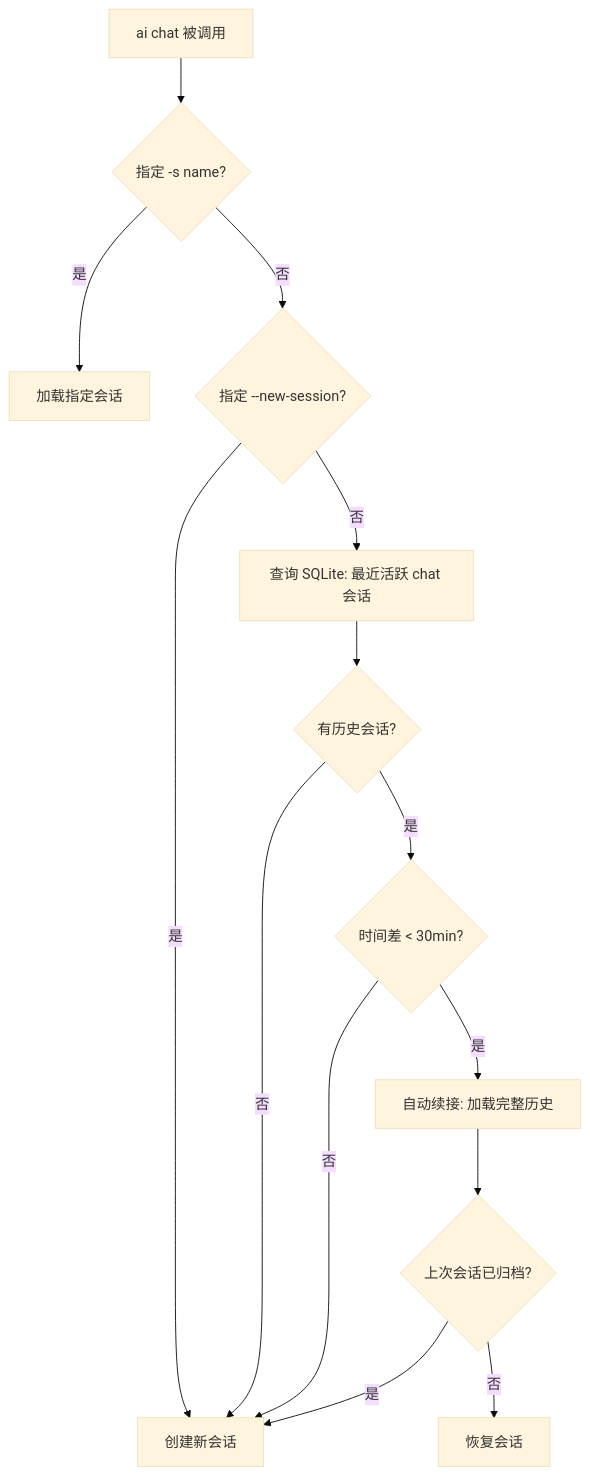
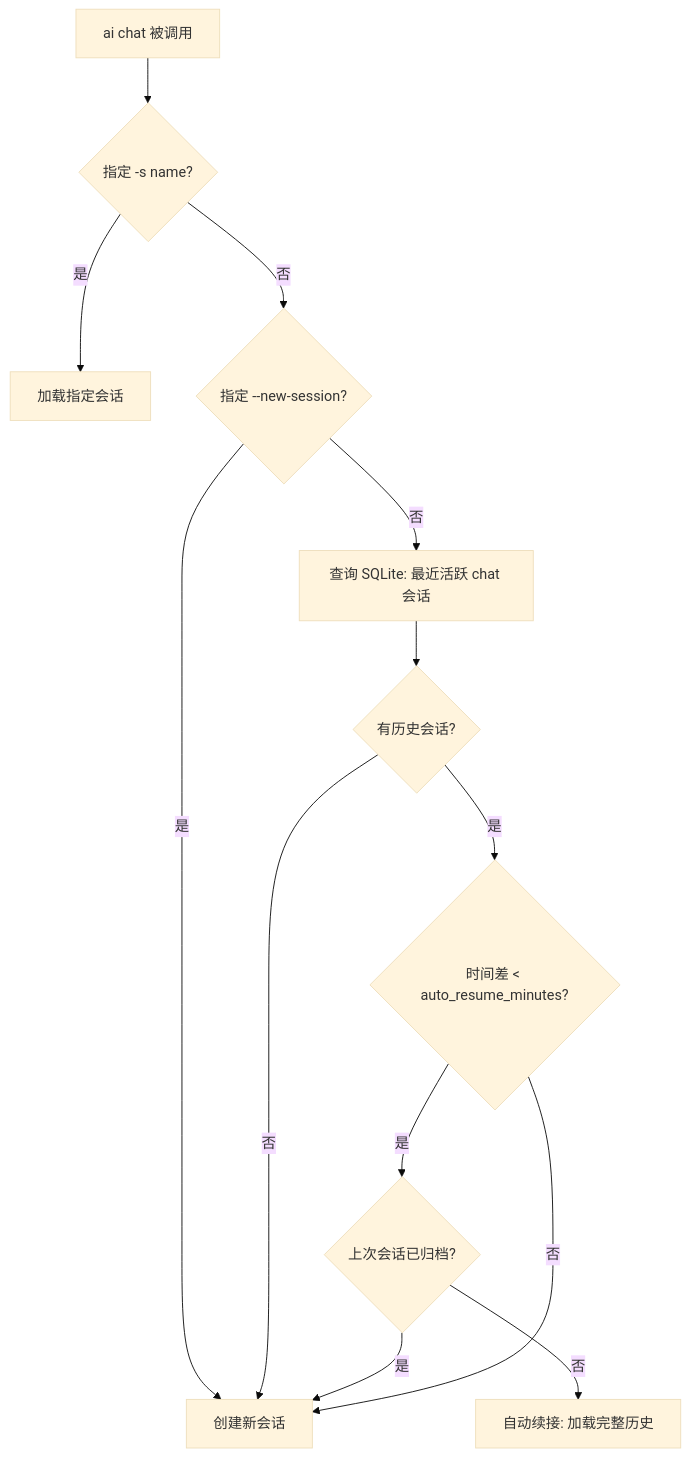
The fourth of 9 diagrams in docs/plan.md (LingNc/aicli), drawn with Mermaid (base theme) before and after one commit. The commit also changed other lines of this file, not shown here.

````diff
--- a/docs/plan.md
+++ b/docs/plan.md
@@ -396,16 +463,15 @@
 ```mermaid
 flowchart TD
     A["ai chat 被调用"] --> B{指定 -s name?}
     B -->|是| C[加载指定会话]
     B -->|否| D{指定 --new-session?}
     D -->|是| E[创建新会话]
     D -->|否| F[查询 SQLite: 最近活跃 chat 会话]
     F --> G{有历史会话?}
     G -->|否| E
-    G -->|是| H{时间差 < 30min?}
-    H -->|是| I[自动续接: 加载完整历史]
+    G -->|是| H{时间差 < auto_resume_minutes?}
+    H -->|是| I{上次会话已归档?}
+    I -->|否| K[自动续接: 加载完整历史]
+    I -->|是| E
     H -->|否| E
-    I --> J{上次会话已归档?}
-    J -->|是| E
-    J -->|否| K[恢复会话]
 ```
````
